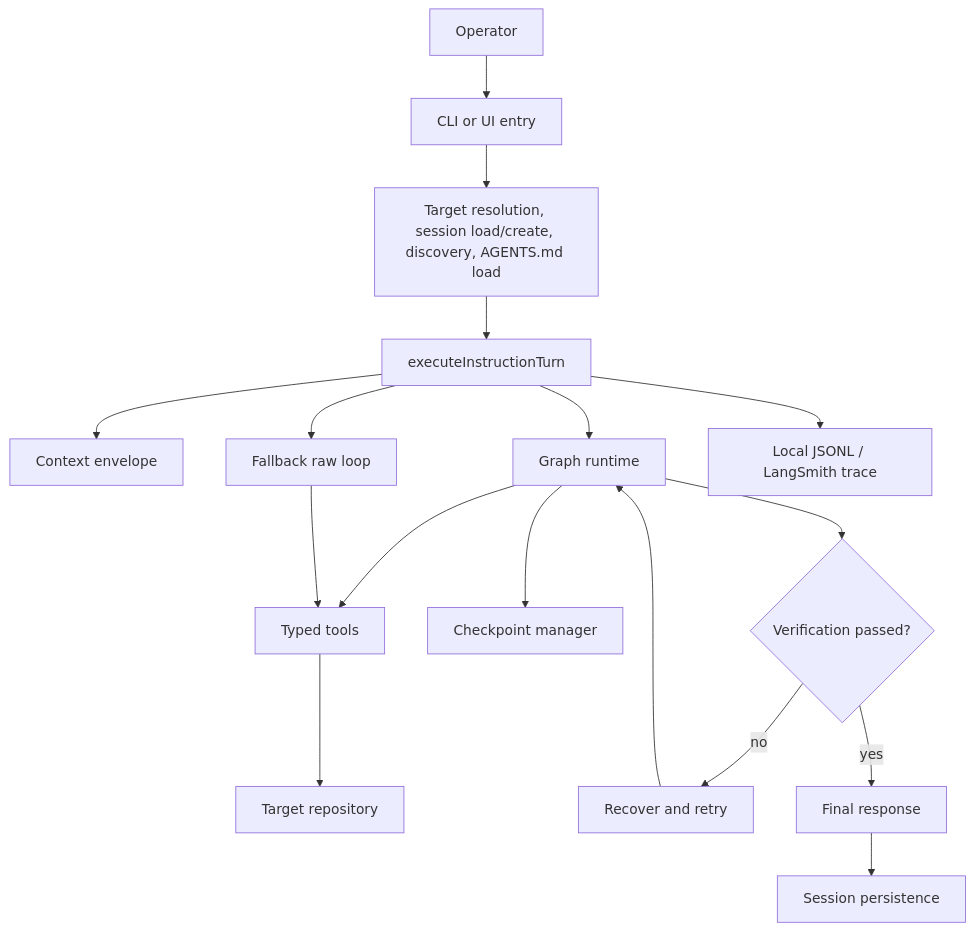
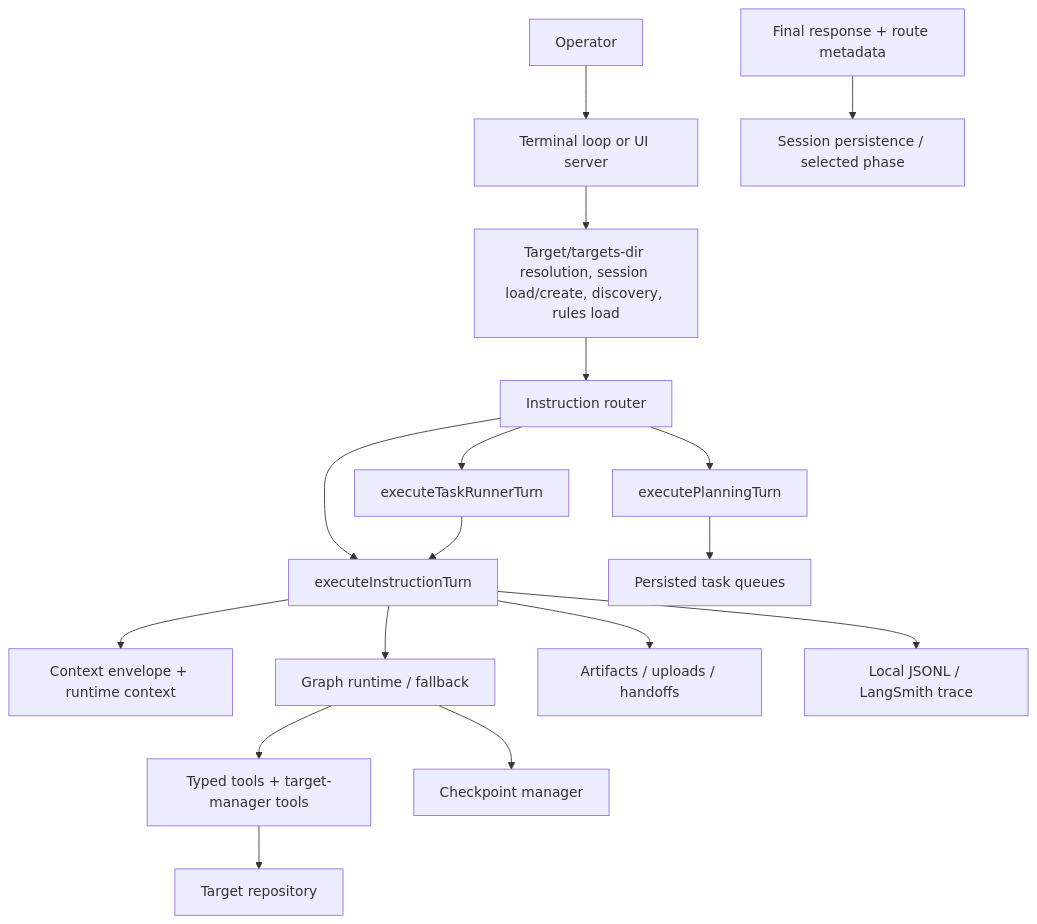
The first of 2 diagrams in shipyard/CODEAGENT.md (thisisyoussef/shipyard), drawn with Mermaid before and after one commit. The commit also changed other lines of this file and 21 other files, not shown here.

First line of the commit message:
docs: refresh runtime architecture guides

````diff
--- a/shipyard/CODEAGENT.md
+++ b/shipyard/CODEAGENT.md
@@ -26,35 +30,37 @@
 ```mermaid
 flowchart TD
   Operator["Operator"]
-  Entry["CLI or UI entry"]
-  Bootstrap["Target resolution, session load/create, discovery, AGENTS.md load"]
+  Entry["Terminal loop or UI server"]
+  Bootstrap["Target/targets-dir resolution, session load/create, discovery, rules load"]
+  Router["Instruction router"]
+  PlanTurn["executePlanningTurn"]
+  TaskRunner["executeTaskRunnerTurn"]
   Turn["executeInstructionTurn"]
-  Envelope["Context envelope"]
-  Graph["Graph runtime"]
-  Raw["Fallback raw loop"]
-  Tools["Typed tools"]
+  Envelope["Context envelope + runtime context"]
+  Graph["Graph runtime / fallback"]
+  Tools["Typed tools + target-manager tools"]
   Target["Target repository"]
   Checkpoints["Checkpoint manager"]
-  Verify{"Verification passed?"}
-  Recover["Recover and retry"]
-  Respond["Final response"]
-  Session["Session persistence"]
+  Plans["Persisted task queues"]
+  Artifacts["Artifacts / uploads / handoffs"]
   Trace["Local JSONL / LangSmith trace"]
+  Respond["Final response + route metadata"]
+  Session["Session persistence / selected phase"]
 
   Operator --> Entry
   Entry --> Bootstrap
-  Bootstrap --> Turn
+  Bootstrap --> Router
+  Router --> PlanTurn
+  Router --> TaskRunner
+  Router --> Turn
+  PlanTurn --> Plans
+  TaskRunner --> Turn
   Turn --> Envelope
   Turn --> Graph
-  Turn --> Raw
   Graph --> Tools
-  Raw --> Tools
   Tools --> Target
   Graph --> Checkpoints
-  Graph --> Verify
-  Verify -- yes --> Respond
-  Verify -- no --> Recover
-  Recover --> Graph
+  Turn --> Artifacts
   Respond --> Session
   Turn --> Trace
 ```
````
